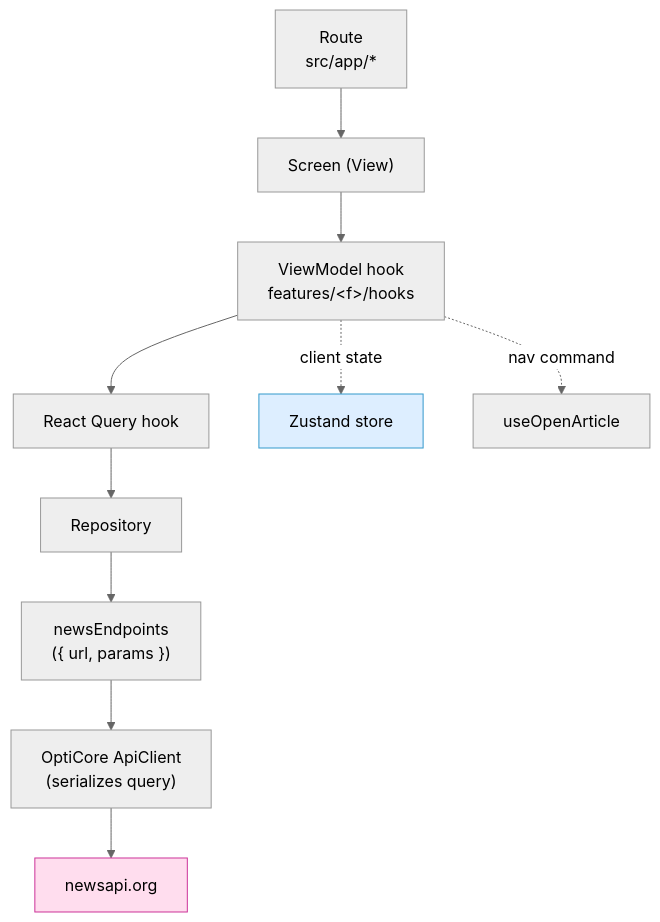
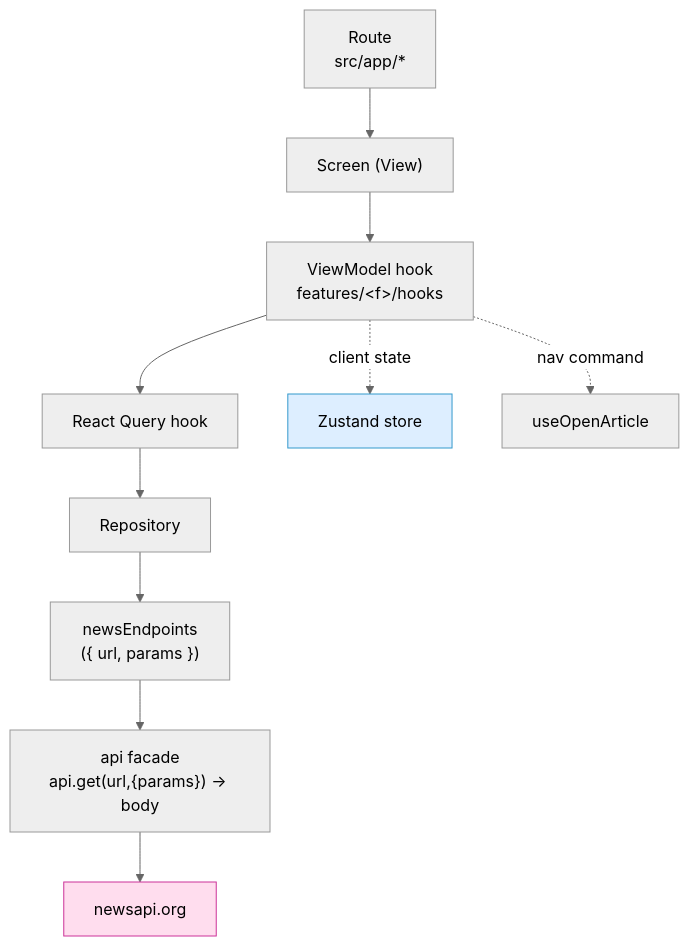
Before and after one commit to dev-mahmoud-elshenawy/opticore-news-demo: the first of 12 diagrams in ORIENTATION.md, drawn with Mermaid (neutral theme). The commit also changed other lines of this file and 1 other file, not shown here.

First line of the commit message:
docs: update architecture guide for facades + settings feature

````diff
--- a/ORIENTATION.md
+++ b/ORIENTATION.md
@@ -9,17 +9,17 @@
 ```mermaid
 flowchart TD
     R["Route<br/>src/app/*"] --> S["Screen (View)"]
     S --> VM["ViewModel hook<br/>features/&lt;f&gt;/hooks"]
     VM --> H["React Query hook"]
     VM -.client state.-> Z["Zustand store"]
     VM -.nav command.-> Nav["useOpenArticle"]
     H --> Repo["Repository"]
     Repo --> E["newsEndpoints<br/>({ url, params })"]
-    E --> AC["OptiCore ApiClient<br/>(serializes query)"]
+    E --> AC["api facade<br/>api.get(url,{params}) → body"]
     AC --> API["newsapi.org"]
 
     classDef api fill:#fde,stroke:#c39
     classDef store fill:#def,stroke:#39c
     class API api
     class Z store
 ```
````
